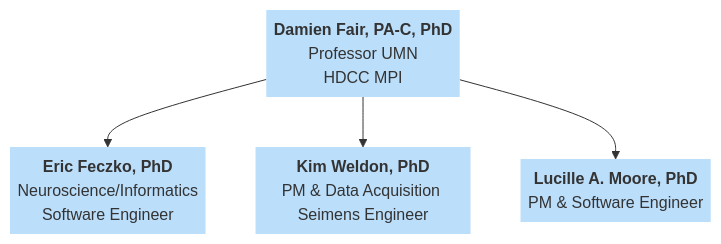
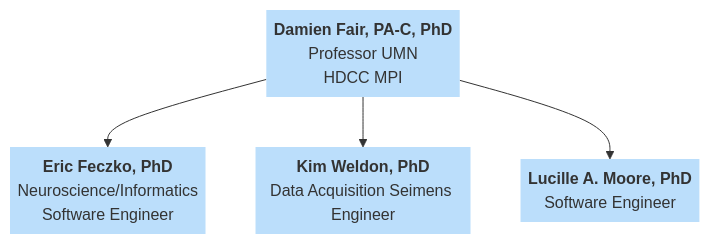
One commit to DCAN-Labs/hbcd-docs-internal changed the seventh of 10 diagrams in docs/orgcharts.md. Above: the diagram before and after it, drawn with Mermaid.

Commit message:
clarify DCAN to remove roles not relevant to HBCD

````diff
--- a/docs/orgcharts.md
+++ b/docs/orgcharts.md
@@ -467,16 +467,16 @@
 ```mermaid
 ---
 config:
   layout: dagre
 ---
 flowchart TB
-    D["<b>Damien Fair, PA-C, PhD</b><br>Professor UMN<br>HDCC MPI"] --> S["<b>Eric Feczko, PhD</b><br>Neuroscience/Informatics<br>Software Engineer"] & t1["<b>Kim Weldon, PhD</b><br>PM &amp; Data Acquisition Seimens Engineer"] & n1["<b>Lucille A. Moore, PhD</b><br>PM &amp; Software Engineer"]
+    D["<b>Damien Fair, PA-C, PhD</b><br>Professor UMN<br>HDCC MPI"] --> S["<b>Eric Feczko, PhD</b><br>Neuroscience/Informatics<br>Software Engineer"] & t1["<b>Kim Weldon, PhD</b><br>Data Acquisition Seimens Engineer"] & n1["<b>Lucille A. Moore, PhD</b><br>Software Engineer"]
     D@{ shape: text}
     S@{ shape: text}
     t1@{ shape: text}
     n1@{ shape: text}
     style D stroke:#000000,fill:#BBDEFB
     style S stroke:#000000,fill:#BBDEFB
     style t1 fill:#BBDEFB
     style n1 fill:#BBDEFB
 ```
````
